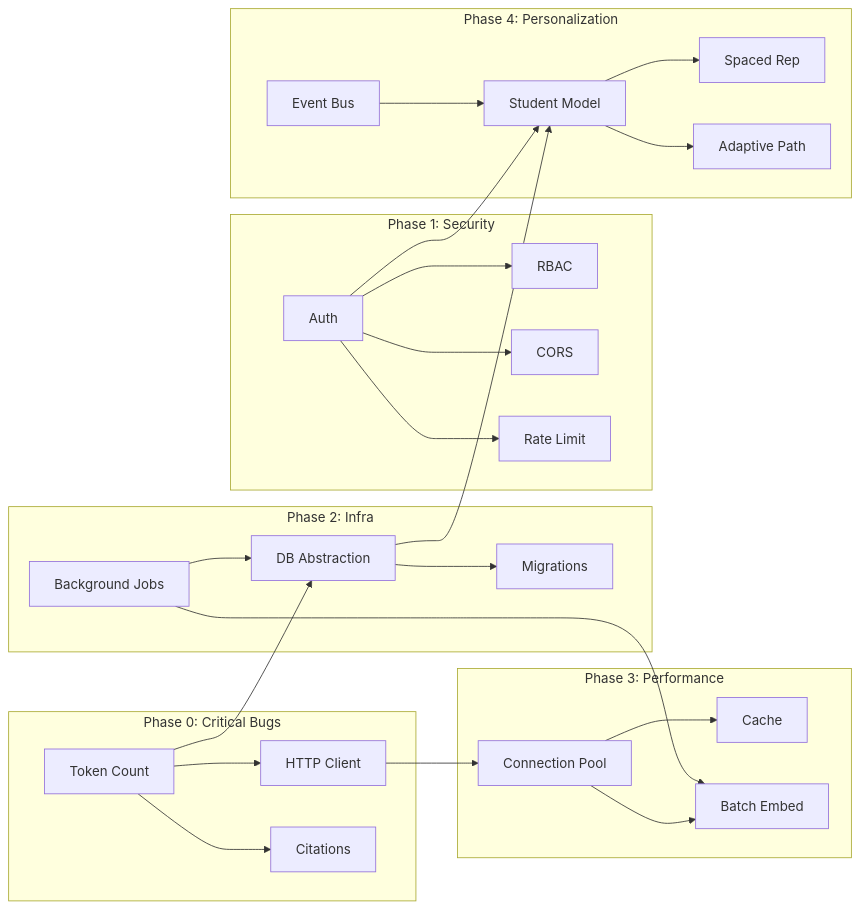
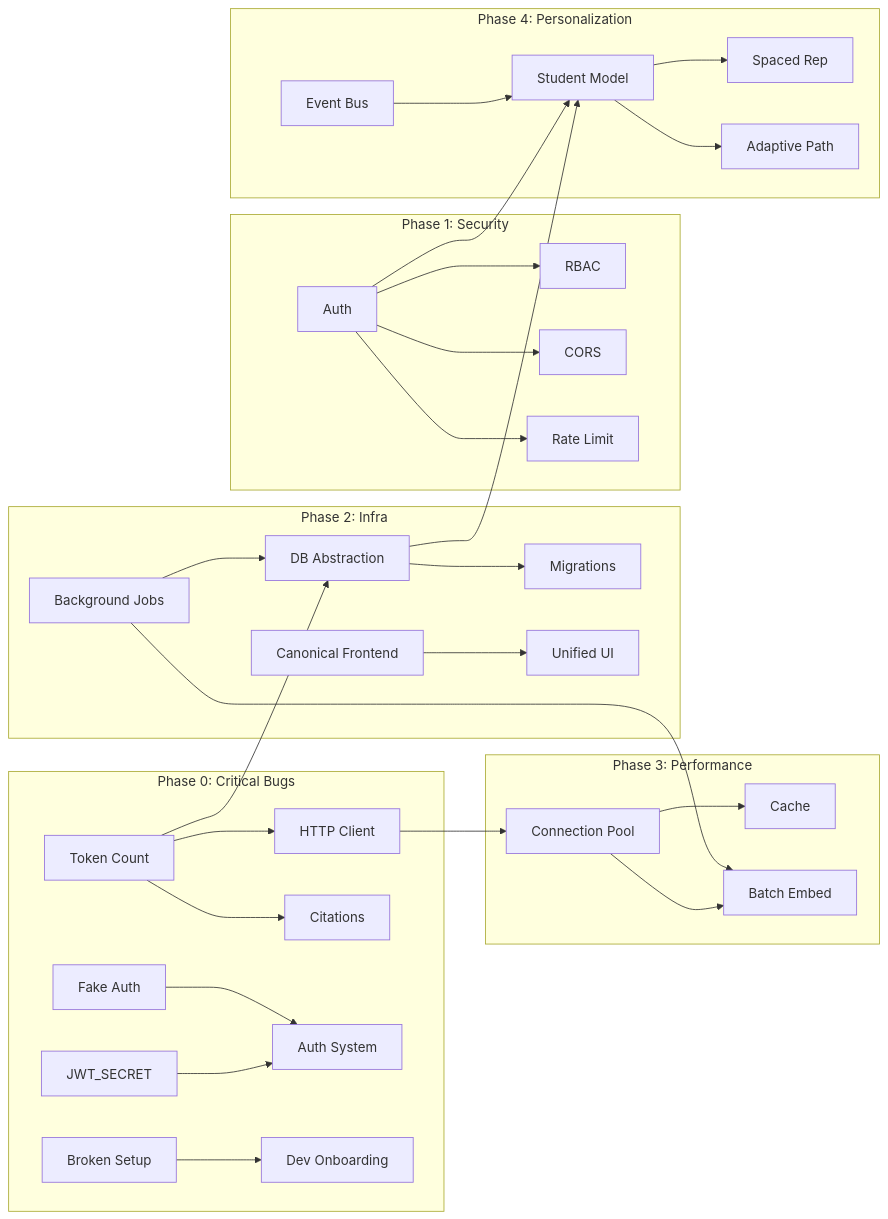
The second of 2 diagrams in REPOSITORY_AUDIT_REPORT.md (VPK570/adaptive_learning), drawn with Mermaid before and after one commit. The commit also changed other lines of this file and 15 other files, not shown here.

````diff
--- a/REPOSITORY_AUDIT_REPORT.md
+++ b/REPOSITORY_AUDIT_REPORT.md
@@ -788,35 +897,39 @@
 ```mermaid
 graph LR
     subgraph "Phase 0: Critical Bugs"
         B1[Token Count] --> B2[HTTP Client]
         B1 --> B3[Citations]
+        B4[JWT_SECRET] --> B5[Auth System]
+        B6[Fake Auth] --> B5
+        B7[Broken Setup] --> B8[Dev Onboarding]
     end
 
     subgraph "Phase 1: Security"
         S1[Auth] --> S2[RBAC]
         S1 --> S3[CORS]
         S1 --> S4[Rate Limit]
     end
 
     subgraph "Phase 2: Infra"
         I1[Background Jobs] --> I2[DB Abstraction]
         I2 --> I3[Migrations]
+        I4[Canonical Frontend] --> I5[Unified UI]
     end
 
     subgraph "Phase 3: Performance"
         P1[Connection Pool] --> P2[Cache]
         P1 --> P3[Batch Embed]
     end
 
     subgraph "Phase 4: Personalization"
         L1[Event Bus] --> L2[Student Model]
         L2 --> L3[Spaced Rep]
         L2 --> L4[Adaptive Path]
     end
 
     B1 --> I2
     B2 --> P1
     I1 --> P3
     S1 --> L2
     I2 --> L2
 ```
````
